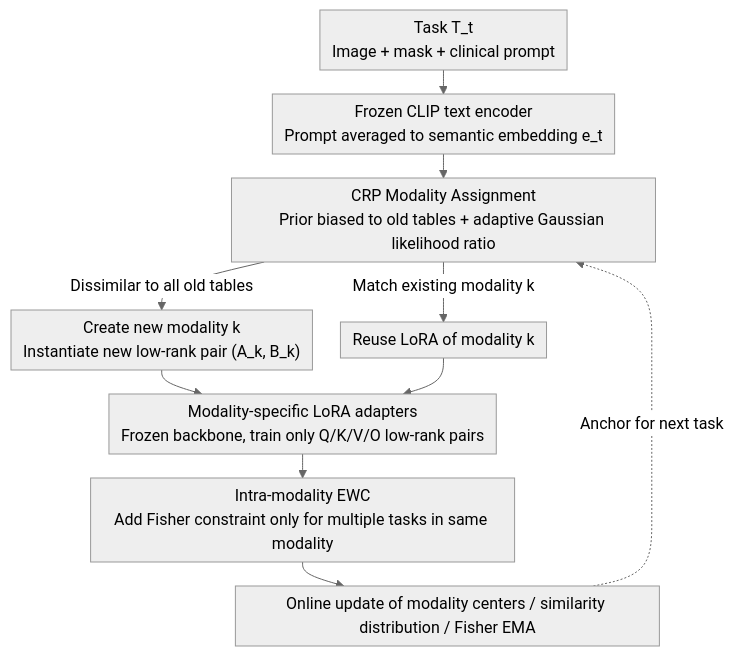
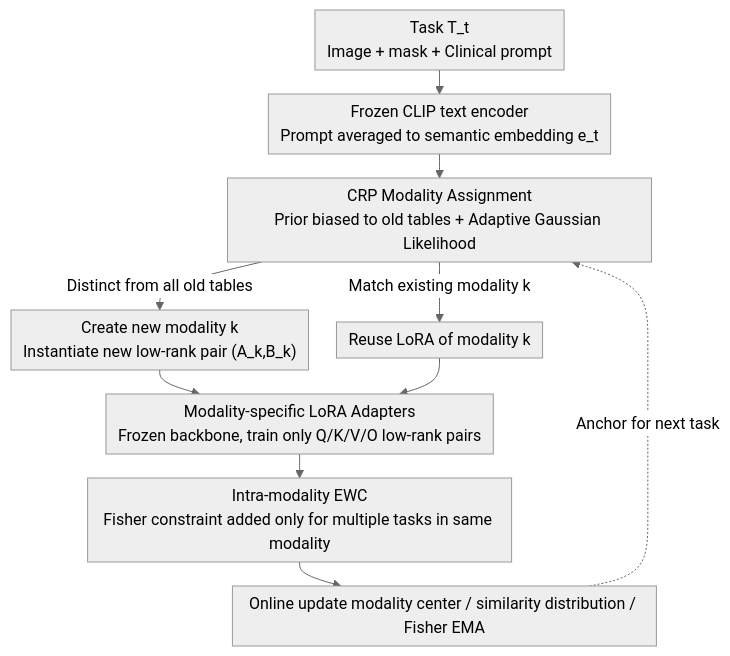
The diagram in docs/ICML2026/medical_imaging/medcrp-cl_continual_medical_image_segmentation_via_bayesian_nonparametric_semant.md (zhaoyang97/Paper-Notes-en), drawn with Mermaid (neutral theme) before and after one commit. The commit also changed other lines of this file and 5084 other files, not shown here.

````diff
--- a/docs/ICML2026/medical_imaging/medcrp-cl_continual_medical_image_segmentation_via_bayesian_nonparametric_semant.md
+++ b/docs/ICML2026/medical_imaging/medcrp-cl_continual_medical_image_segmentation_via_bayesian_nonparametric_semant.md
@@ -44,13 +44,13 @@
 ```mermaid
 %%{init: {'flowchart': {'rankSpacing': 24, 'nodeSpacing': 28, 'padding': 6, 'wrappingWidth': 400}}}%%
 flowchart TD
-    A["Task T_t<br/>Image + mask + clinical prompt"] --> B["Frozen CLIP text encoder<br/>Prompt averaged to semantic embedding e_t"]
-    B --> C["CRP Modality Assignment<br/>Prior biased to old tables + adaptive Gaussian likelihood ratio"]
-    C -->|Dissimilar to all old tables| D["Create new modality k<br/>Instantiate new low-rank pair (A_k, B_k)"]
+    A["Task T_t<br/>Image + mask + Clinical prompt"] --> B["Frozen CLIP text encoder<br/>Prompt averaged to semantic embedding e_t"]
+    B --> C["CRP Modality Assignment<br/>Prior biased to old tables + Adaptive Gaussian Likelihood"]
+    C -->|Distinct from all old tables| D["Create new modality k<br/>Instantiate new low-rank pair (A_k,B_k)"]
     C -->|Match existing modality k| E["Reuse LoRA of modality k"]
-    D --> F["Modality-specific LoRA adapters<br/>Frozen backbone, train only Q/K/V/O low-rank pairs"]
+    D --> F["Modality-specific LoRA Adapters<br/>Frozen backbone, train only Q/K/V/O low-rank pairs"]
     E --> F
-    F --> G["Intra-modality EWC<br/>Add Fisher constraint only for multiple tasks in same modality"]
-    G --> H["Online update of modality centers / similarity distribution / Fisher EMA"]
+    F --> G["Intra-modality EWC<br/>Fisher constraint added only for multiple tasks in same modality"]
+    G --> H["Online update modality center / similarity distribution / Fisher EMA"]
     H -.Anchor for next task.-> C
 ```
````
